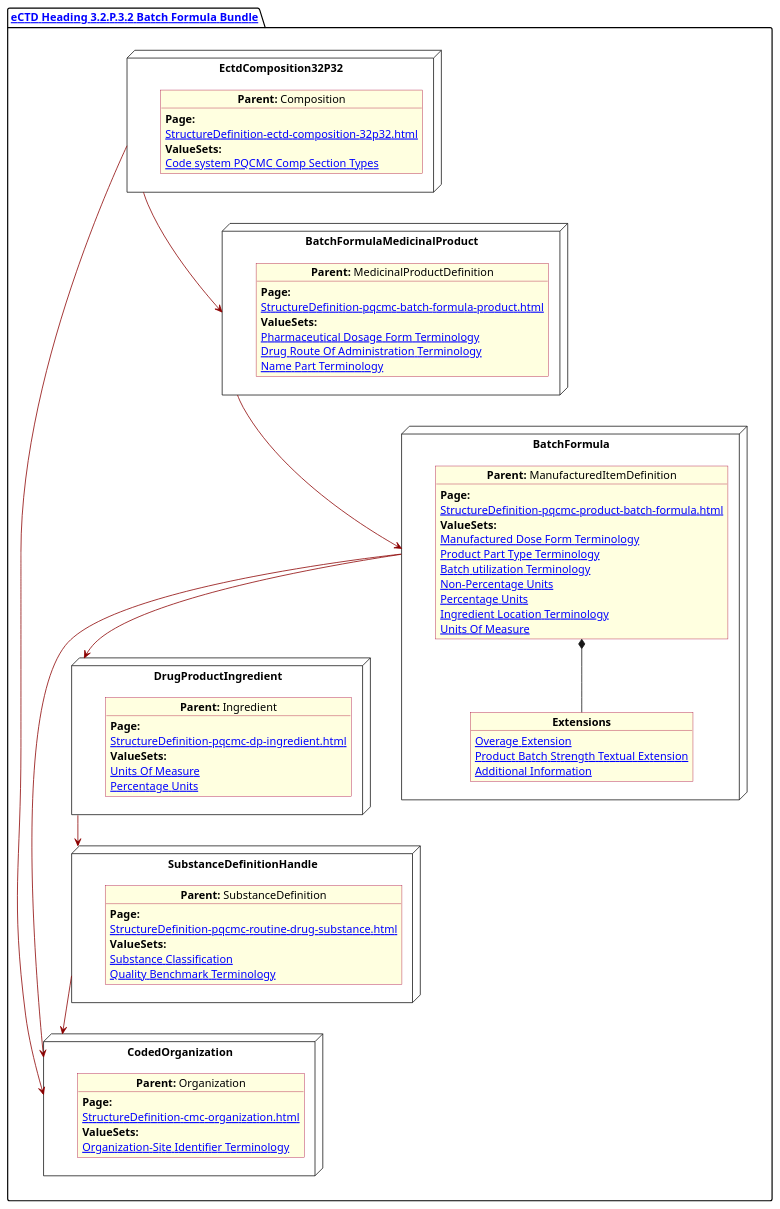
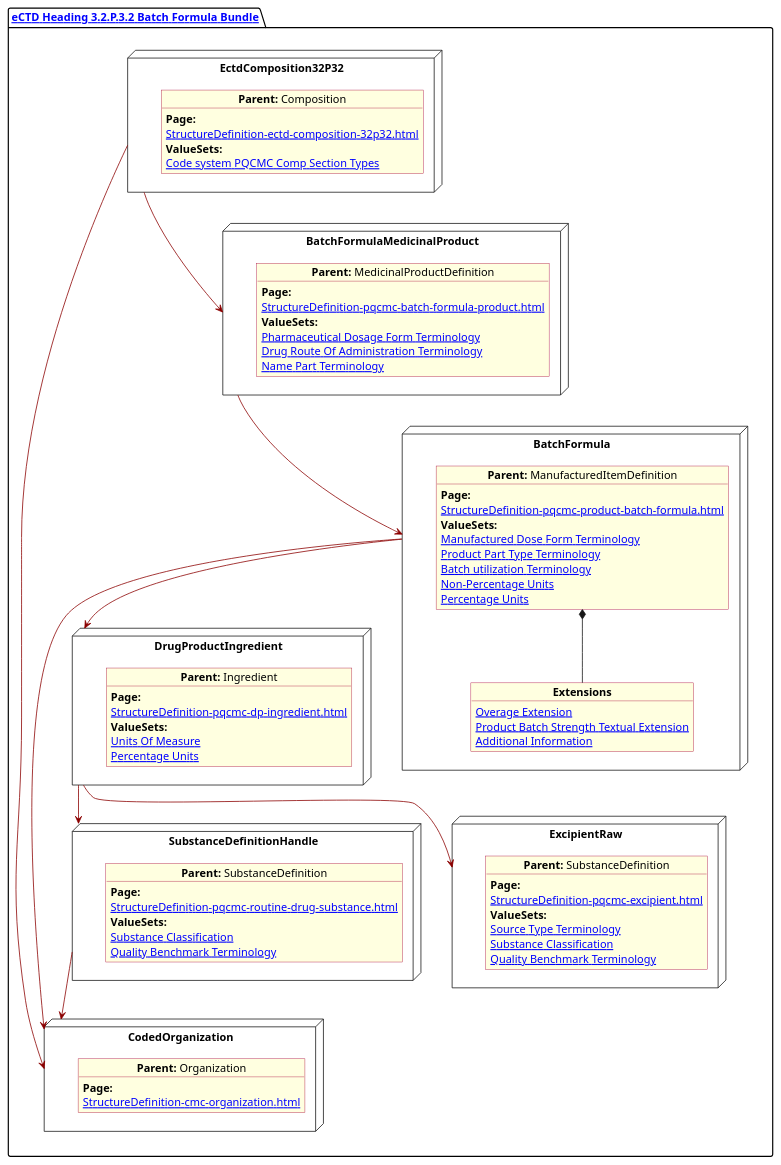
One commit to HL7/FHIR-us-pq-cmc-fda changed the diagram in input/images-source/BatchForm.plantuml. Above: the diagram before and after it, drawn with PlantUML. The commit also changed 140 other files, not shown here.

```diff
--- a/input/images-source/BatchForm.plantuml
+++ b/input/images-source/BatchForm.plantuml
@@ -1,101 +1,110 @@
 @startuml BatchForm
 allowmixing
 'Mixed model of use case and object
 skinparam svgDimensionStyle false
 skinparam ObjectBackgroundColor LightYellow
 skinparam ObjectBorderColor #A80036
 skinparam activityDiamondBorderColor #A80036
 skinparam activityDiamondBackgroundColor lawnGreen
 skinparam ClassBorderThickness 4
 
 package "[[StructureDefinition-cmc-ectd-document-32p32.html eCTD Heading 3.2.P.3.2 Batch Formula Bundle]]" as NODES {
 
 
   node "EctdComposition32P32" as N1 {
 
     object "**Parent:** Composition" as obj1 {
       **Page:**
       [[StructureDefinition-ectd-composition-32p32.html]]
       **ValueSets:**
       [[ValueSet-cmc-comp-section-types-vs.html Code system PQCMC Comp Section Types]]
     }
 
   }
   node "CodedOrganization" as NSO {
 
     object "**Parent:** Organization" as objAu {
       **Page:**
       [[StructureDefinition-cmc-organization.html]]
-      **ValueSets:**
-      [[ValueSet-pqcmc-org-identifier-type-terminology.html Organization-Site Identifier Terminology]]
     }
   }
 
   node "DrugProductIngredient" as NNgred {
 
     object "**Parent:** Ingredient" as obj10 {
       **Page:**
       [[StructureDefinition-pqcmc-dp-ingredient.html]]
       **ValueSets:**
       [[ValueSet-pqcmc-units-of-measure.html Units Of Measure]]
       [[ValueSet-pqcmc-percentage-units.html Percentage Units]]
     }
   }
 
   node "SubstanceDefinitionHandle" as NNS {
 
     object "**Parent:** SubstanceDefinition" as obj4 {
       **Page:**
       [[StructureDefinition-pqcmc-routine-drug-substance.html]]
       **ValueSets:**
       [[ValueSet-substance-classification.html Substance Classification]]
       [[ValueSet-pqcmc-quality-benchmark-terminology.html Quality Benchmark Terminology]]
     }
 
   }
 
+  node "ExcipientRaw" as N2all1 {
+
+        object "**Parent:** SubstanceDefinition" as objall22 {
+            **Page:**
+            [[StructureDefinition-pqcmc-excipient.html]]
+            **ValueSets:**
+            [[ValueSet-pqcmc-source-type-terminology.html Source Type Terminology]]
+            [[ValueSet-substance-classification.html Substance Classification]]
+            [[ValueSet-pqcmc-quality-benchmark-terminology.html Quality Benchmark Terminology]]
+        }
+    }
   node "BatchFormulaMedicinalProduct" as NN2 {
 
     object "**Parent:** MedicinalProductDefinition" as obj32 {
       **Page:**
       [[StructureDefinition-pqcmc-batch-formula-product.html]]
       **ValueSets:**
       [[ValueSet-spl-pharmaceutical-dosage-form-terminology.html Pharmaceutical Dosage Form Terminology]]
       [[ValueSet-spl-drug-route-of-administration-terminology.html Drug Route Of Administration Terminology]]
       [[ValueSet-pqcmc-name-part-terminology.html Name Part Terminology]]
     }
   }
 
   node "BatchFormula" as NN {
 
     object "**Parent:** ManufacturedItemDefinition" as obj3 {
       **Page:**
       [[StructureDefinition-pqcmc-product-batch-formula.html]]
       **ValueSets:**
       [[ValueSet-pqcmc-manufactured-dose-form-terminology.html Manufactured Dose Form Terminology]]
       [[ValueSet-pqcmc-product-part-type.html Product Part Type Terminology]]
       [[ValueSet-pqcmc-batch-utilization-terminology.html Batch utilization Terminology]]
       [[ValueSet-pqcmc-non-percentage-units.html Non-Percentage Units]]
       [[ValueSet-pqcmc-percentage-units.html Percentage Units]]
-      [[ValueSet-pqcmc-product-part-ingredient-physical-location.html Ingredient Location Terminology]]
-      [[ValueSet-pqcmc-units-of-measure.html Units Of Measure]]
+
 
     }
 
     object "**Extensions**" as objExs2 {
       [[StructureDefinition-pq-overage-extension.html Overage Extension]]
       [[StructureDefinition-pq-product-batch-strength-textual-extension.html Product Batch Strength Textual Extension]]
       [[StructureDefinition-pq-additional-info-extension.html Additional Information]]
     }
 
     obj3 *-- objExs2
   }
   N1 -[#darkred]--> NSO
   N1 -[#darkred]-> NN2
   NNS -[#darkred]-> NSO
   NN -[#darkred]-> NSO
   NN -[#darkred]-> NNgred
   NN2 -[#darkred]-> NN
   NNgred -[#darkred]-> NNS
+  NNgred -[#darkred]-> N2all1
 }
 @enduml
```
